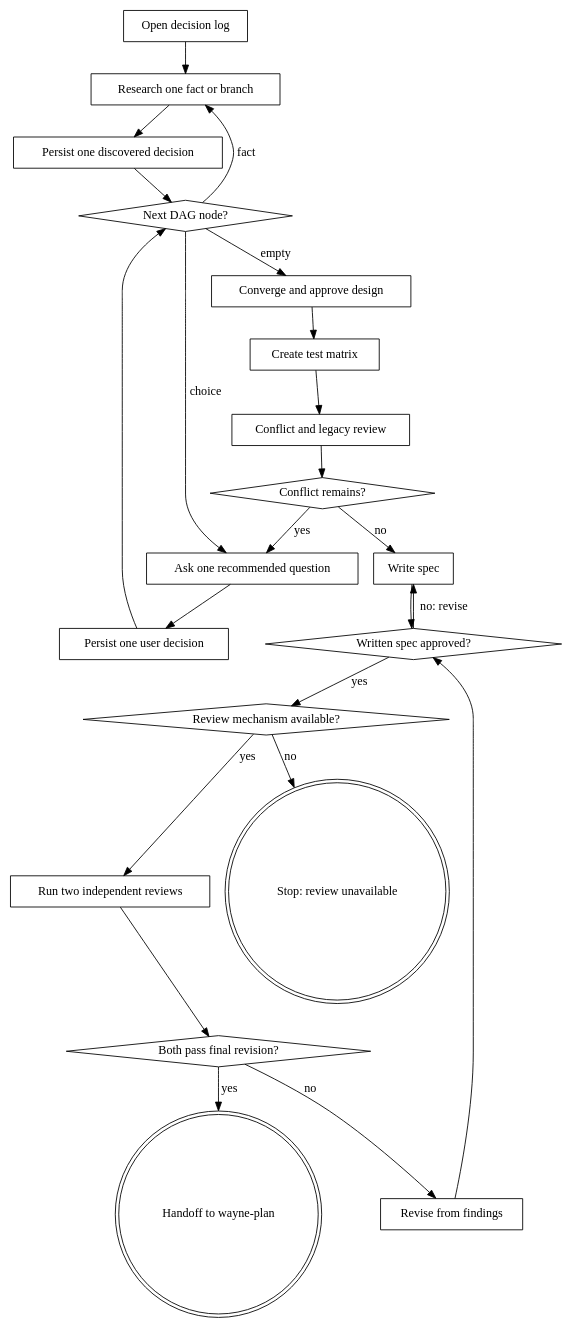
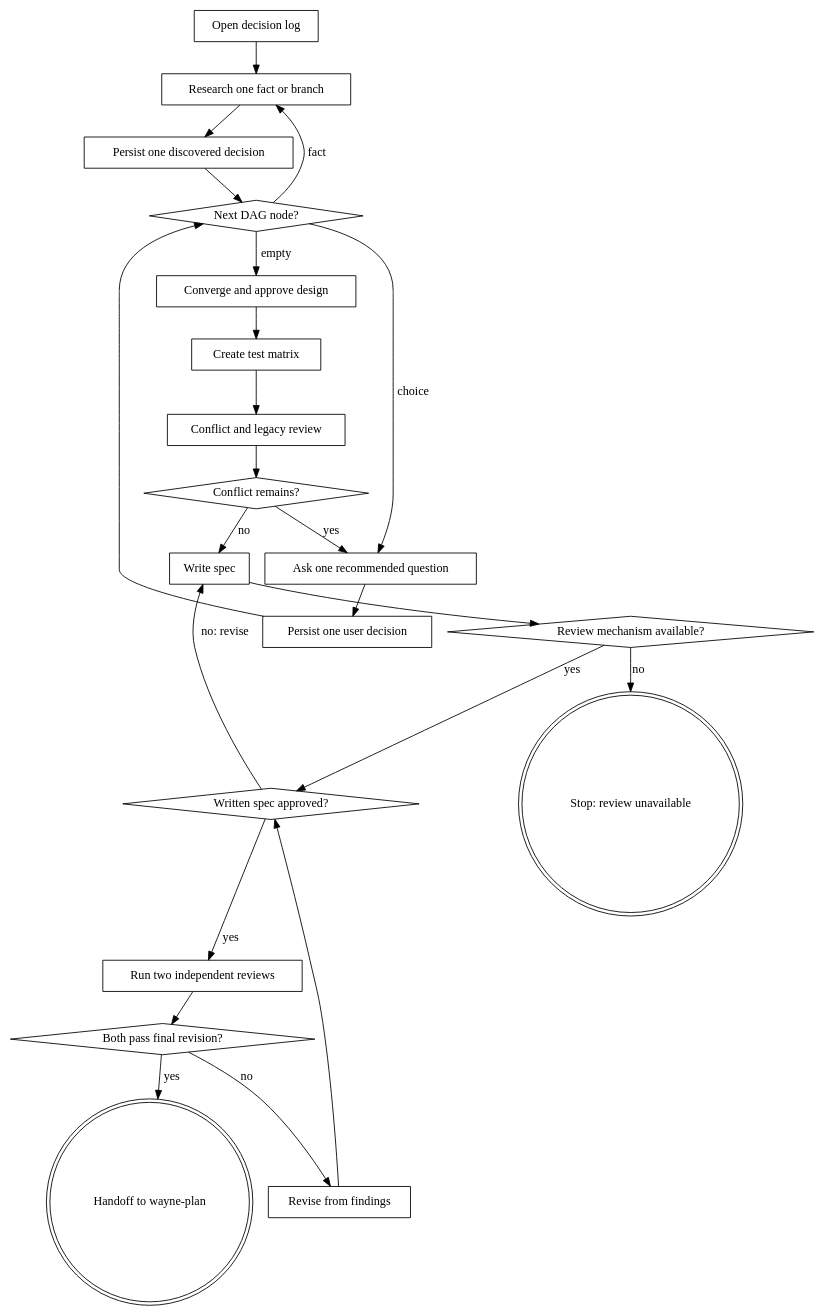
The diagram in wayne-mind-explode/SKILL.md (waynejing995/wayne-taste), drawn with Graphviz before and after one commit. The commit also changed other lines of this file and 6 other files, not shown here.

````diff
--- a/wayne-mind-explode/SKILL.md
+++ b/wayne-mind-explode/SKILL.md
@@ -48,46 +48,46 @@
 ```dot
 digraph mind_explode {
     rankdir=TB;
     A [label="Open decision log", shape=box];
     B [label="Research one fact or branch", shape=box];
     P [label="Persist one discovered decision", shape=box];
     C [label="Next DAG node?", shape=diamond];
     D [label="Ask one recommended question", shape=box];
     Q [label="Persist one user decision", shape=box];
     E [label="Converge and approve design", shape=box];
     F [label="Create test matrix", shape=box];
     G [label="Conflict and legacy review", shape=box];
     H [label="Conflict remains?", shape=diamond];
     I [label="Write spec", shape=box];
     V [label="Written spec approved?", shape=diamond];
     J [label="Run two independent reviews", shape=box];
     K [label="Both pass final revision?", shape=diamond];
     R [label="Revise from findings", shape=box];
     U [label="Review mechanism available?", shape=diamond];
     X [label="Stop: review unavailable", shape=doublecircle];
     L [label="Handoff to wayne-plan", shape=doublecircle];
 
     A -> B;
     B -> P;
     P -> C;
     C -> B [label="fact"];
     C -> D [label="choice"];
     D -> Q;
     Q -> C;
     C -> E [label="empty"];
     E -> F;
     F -> G;
     G -> H;
     H -> D [label="yes"];
     H -> I [label="no"];
-    I -> V;
+    I -> U;
+    U -> V [label="yes"];
+    U -> X [label="no"];
     V -> I [label="no: revise"];
-    V -> U [label="yes"];
-    U -> J [label="yes"];
-    U -> X [label="no"];
+    V -> J [label="yes"];
     J -> K;
     K -> R [label="no"];
     R -> V;
     K -> L [label="yes"];
 }
 ```
````
